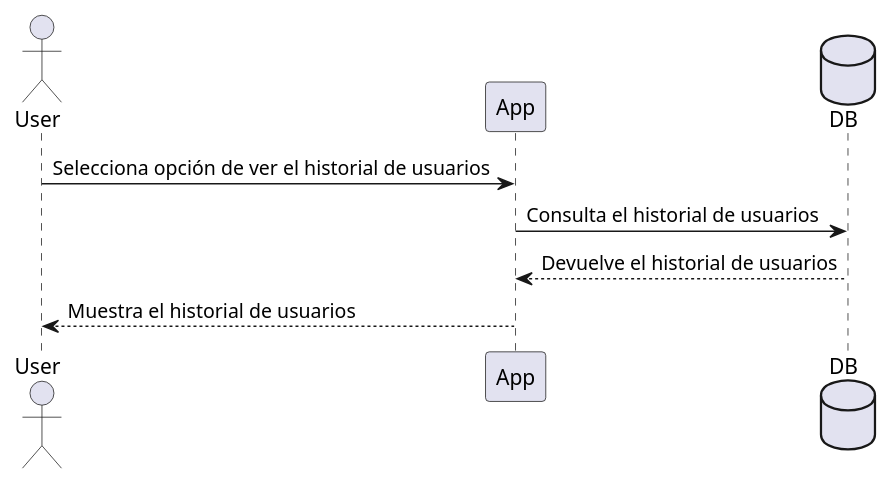
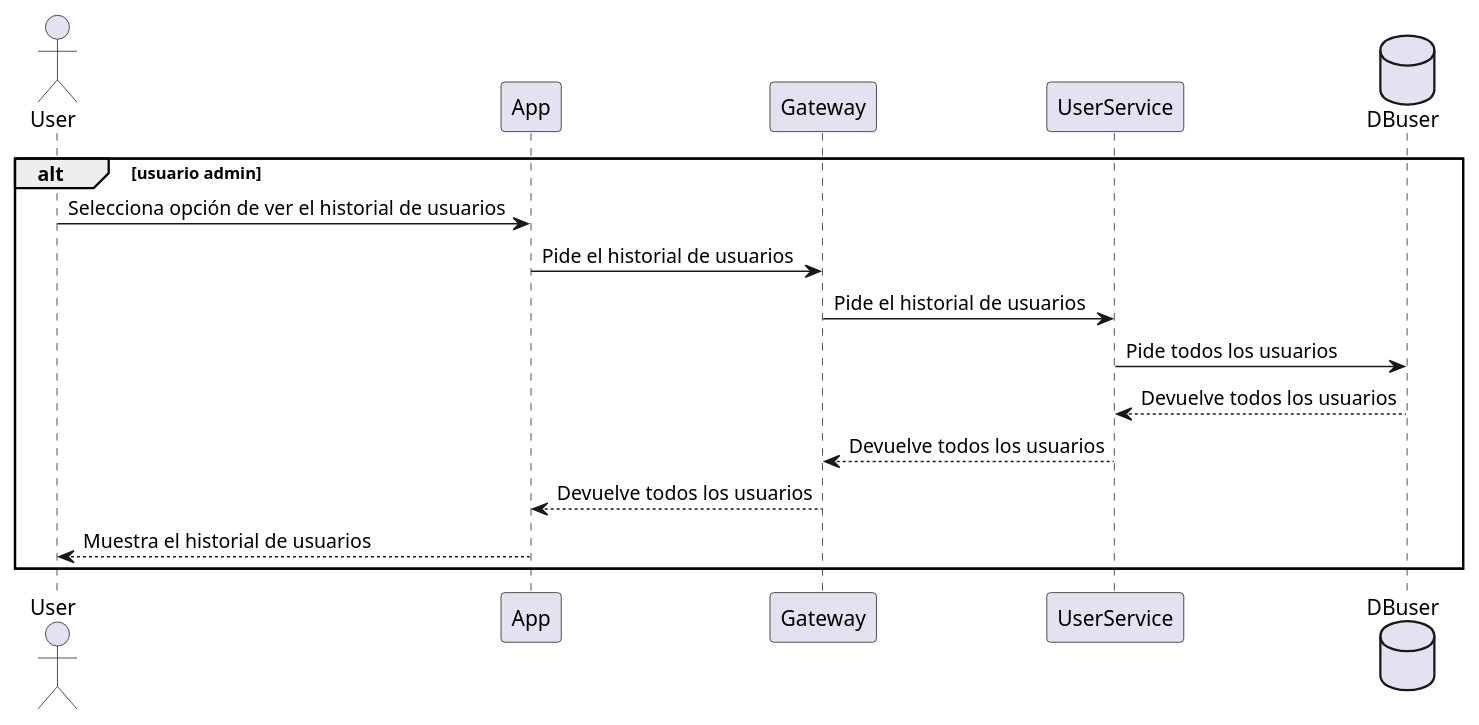
The fifth of 9 diagrams in docs/src/06_runtime_view.adoc (Arquisoft/wiq_es6b), drawn with PlantUML before and after one commit. The commit also changed other lines of this file, not shown here.

Commit message:
Actualizados diagramas de secuencia

```diff
--- a/docs/src/06_runtime_view.adoc
+++ b/docs/src/06_runtime_view.adoc
@@ -115,11 +152,19 @@
 [plantuml,"Usuarios",png]
 ----
 actor User
 participant App
-database DB
+participant Gateway
+participant UserService
+database DBuser
 
+alt usuario admin
 User -> App: Selecciona opción de ver el historial de usuarios
-App -> DB: Consulta el historial de usuarios
-App <-- DB: Devuelve el historial de usuarios
+App -> Gateway: Pide el historial de usuarios
+Gateway -> UserService: Pide el historial de usuarios
+UserService -> DBuser: Pide todos los usuarios
+UserService <-- DBuser: Devuelve todos los usuarios
+Gateway <-- UserService: Devuelve todos los usuarios
+App <-- Gateway: Devuelve todos los usuarios
 User <-- App: Muestra el historial de usuarios
+end
 ----
```
